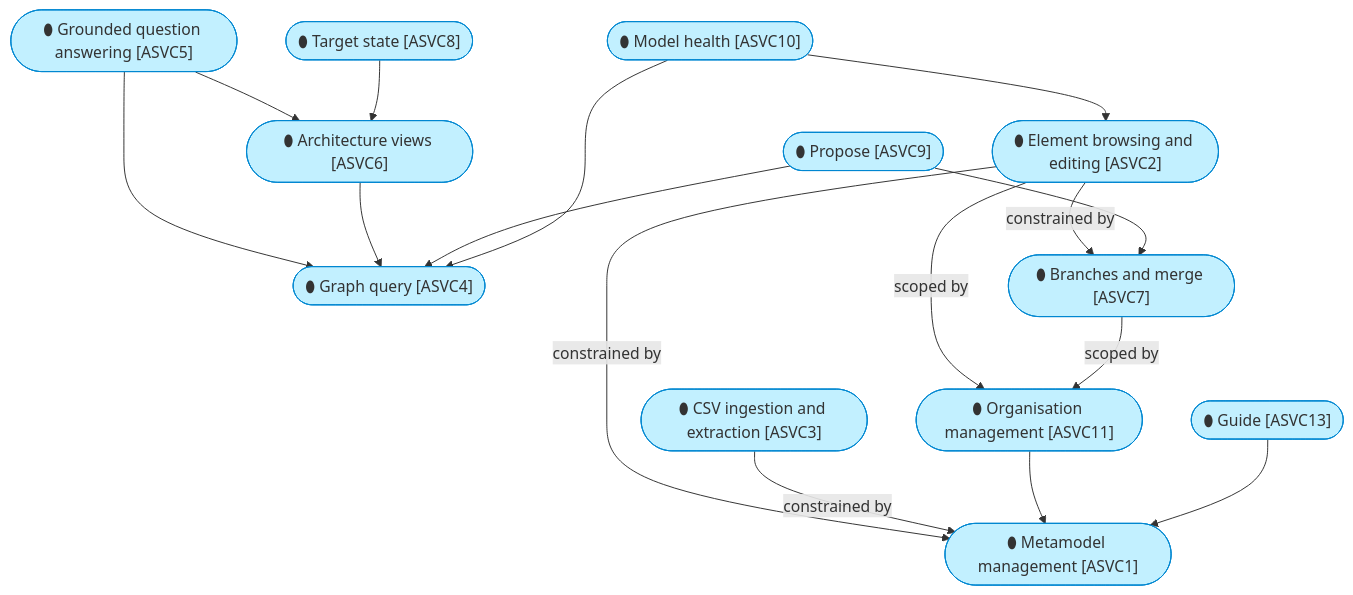
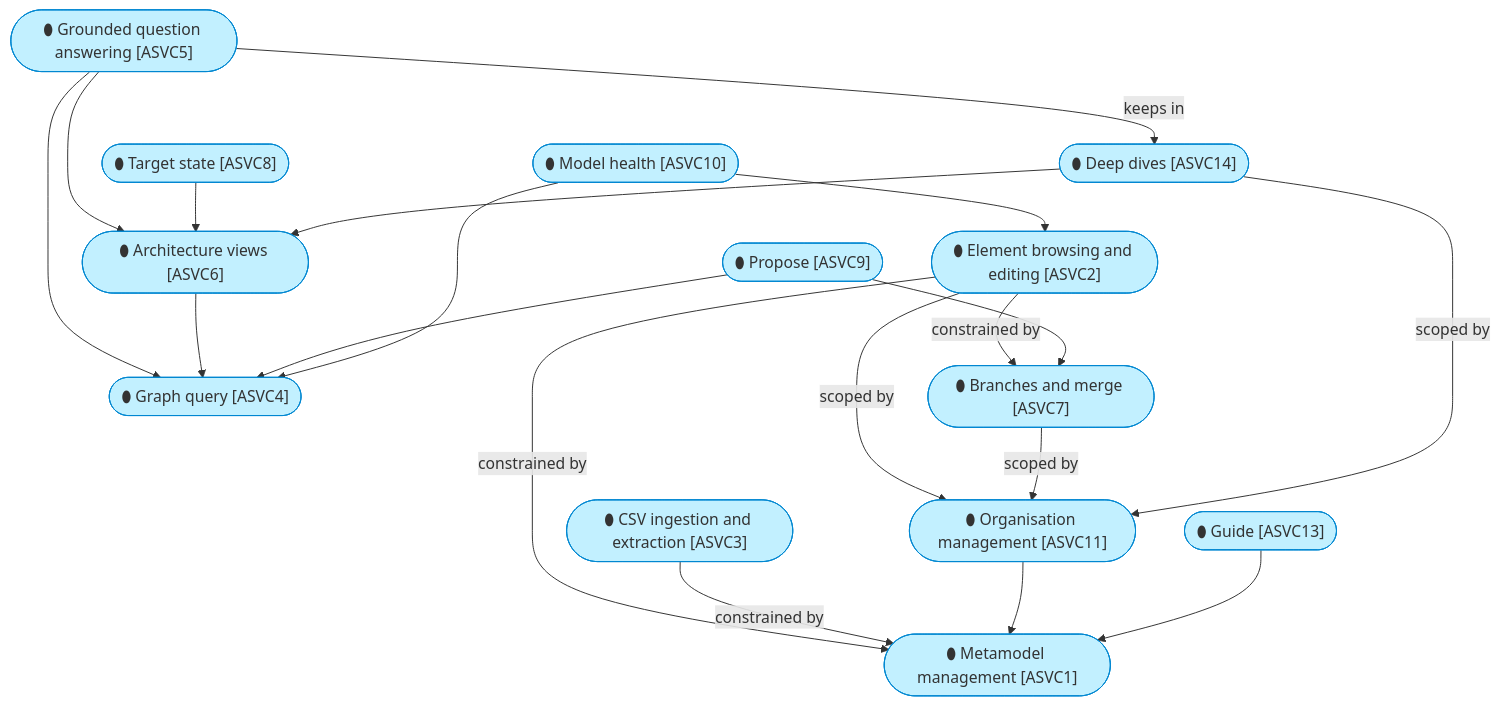
One commit to roanboc/dbx-enterprise-architecture changed the third of 4 diagrams in architecture/4_application/1_application-services.md. Above: the diagram before and after it, drawn with Mermaid. The commit also changed other lines of this file and 14 other files, not shown here.

First line of the commit message:
docs(architecture): initiative 25 built — the application and technology layers aligned, GAP27 closed

````diff
--- a/architecture/4_application/1_application-services.md
+++ b/architecture/4_application/1_application-services.md
@@ -83,32 +87,36 @@
 ```mermaid
 flowchart TB
   s1(["⬮ Metamodel management [ASVC1]"]):::application
   s2(["⬮ Element browsing and editing [ASVC2]"]):::application
   s3(["⬮ CSV ingestion and extraction [ASVC3]"]):::application
   s4(["⬮ Graph query [ASVC4]"]):::application
   s5(["⬮ Grounded question answering [ASVC5]"]):::application
   s6(["⬮ Architecture views [ASVC6]"]):::application
   s7(["⬮ Branches and merge [ASVC7]"]):::application
   s8(["⬮ Target state [ASVC8]"]):::application
   s9(["⬮ Propose [ASVC9]"]):::application
   s10(["⬮ Model health [ASVC10]"]):::application
   s11(["⬮ Organisation management [ASVC11]"]):::application
   s13(["⬮ Guide [ASVC13]"]):::application
+  s14(["⬮ Deep dives [ASVC14]"]):::application
   s2 -->|constrained by| s1
   s3 -->|constrained by| s1
   s2 -->|constrained by| s7
   s5 --> s4
   s5 --> s6
   s6 --> s4
   s8 --> s6
   s9 --> s7
   s9 --> s4
   s10 --> s4
   s10 --> s2
   s11 --> s1
   s2 -->|scoped by| s11
   s7 -->|scoped by| s11
   s13 --> s1
+  s5 -->|keeps in| s14
+  s14 --> s6
+  s14 -->|scoped by| s11
 
   classDef application fill:#c2f0ff,stroke:#0288d1,color:#333
 ```
````
